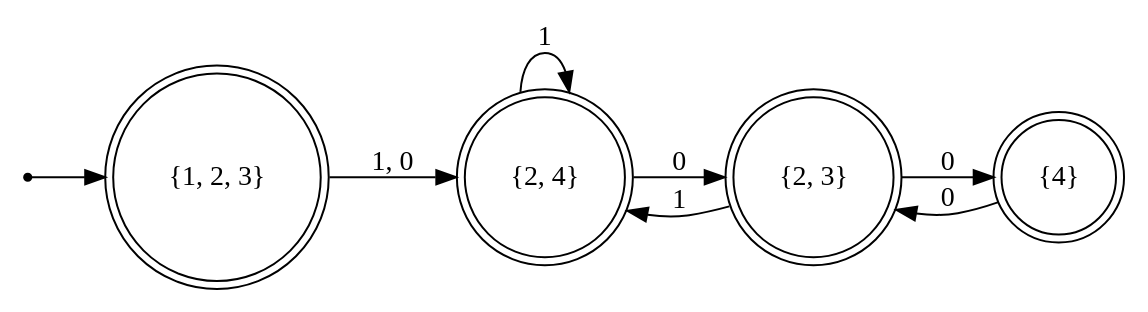
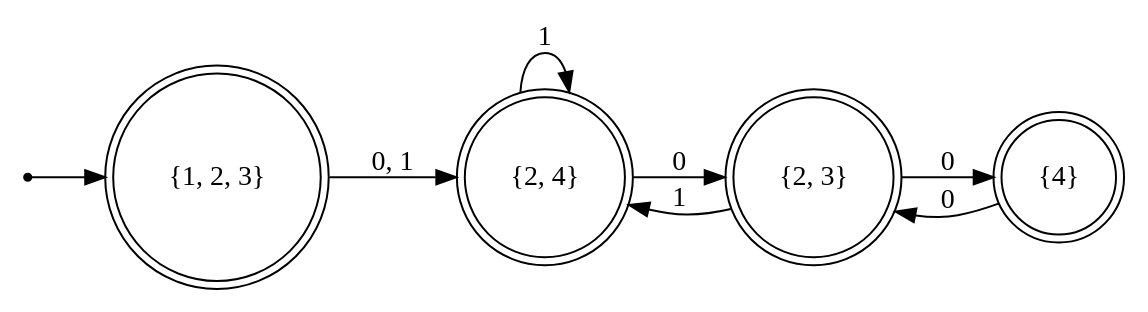
One commit to Quentin18/fsmdot changed the diagram in examples/graph6_dfa.dot. Above: the diagram before and after it, drawn with Graphviz. The commit also changed 2 other files, not shown here.

```diff
--- a/examples/graph6_dfa.dot
+++ b/examples/graph6_dfa.dot
@@ -1,16 +1,16 @@
 strict digraph FSM {
 	graph [rankdir=LR];
 	node [shape=circle];
 	null	[shape=point];
 	"{1, 2, 3}"	[shape=doublecircle];
 	null -> "{1, 2, 3}";
+	"{2, 4}"	[shape=doublecircle];
+	"{1, 2, 3}" -> "{2, 4}"	[label="0, 1"];
+	"{2, 3}"	[shape=doublecircle];
 	"{4}"	[shape=doublecircle];
-	"{2, 3}"	[shape=doublecircle];
-	"{4}" -> "{2, 3}"	[label=0];
-	"{2, 4}"	[shape=doublecircle];
-	"{1, 2, 3}" -> "{2, 4}"	[label="1, 0"];
-	"{2, 4}" -> "{2, 4}"	[label=1];
-	"{2, 4}" -> "{2, 3}"	[label=0];
 	"{2, 3}" -> "{4}"	[label=0];
 	"{2, 3}" -> "{2, 4}"	[label=1];
+	"{4}" -> "{2, 3}"	[label=0];
+	"{2, 4}" -> "{2, 3}"	[label=0];
+	"{2, 4}" -> "{2, 4}"	[label=1];
 }
```
